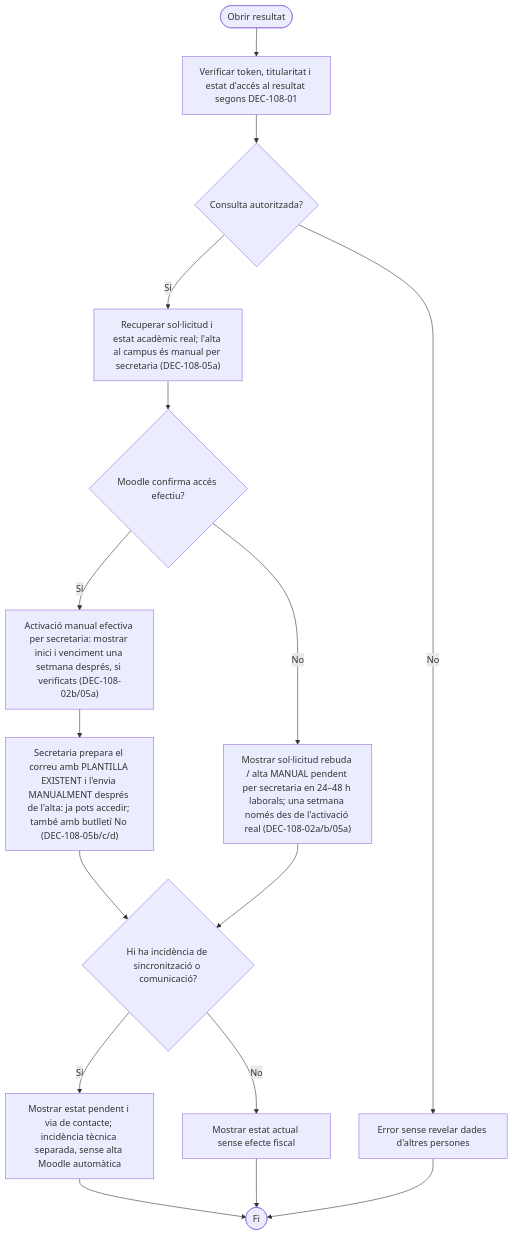
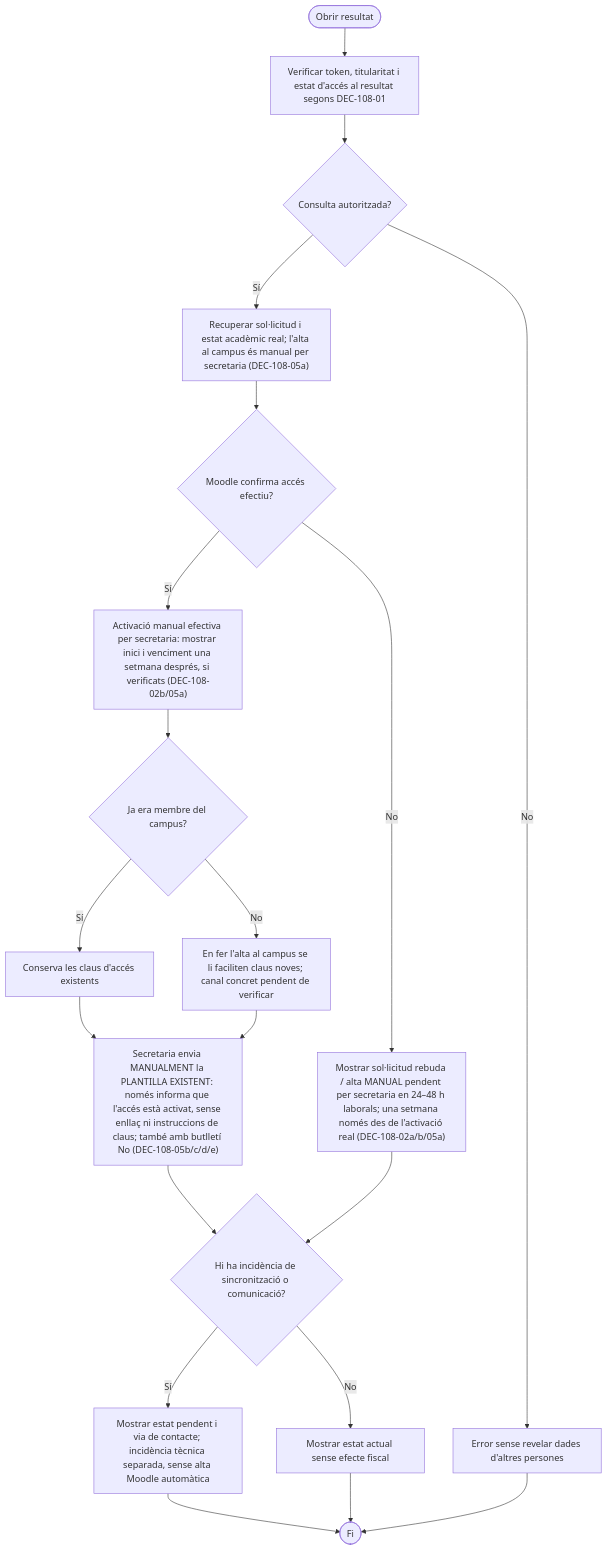
Before and after one commit to orgmeriemprismacat-del/verifactu: the eighth of 8 diagrams in documentacio/07-uml-integrat/uc-108-vistes-grafiques-activitats-pagines.md, drawn with Mermaid. The commit also changed other lines of this file, not shown here.

Commit message:
docs(uc-108): email only announces access; existing users keep keys, new users receive keys at campus onboarding

````diff
--- a/documentacio/07-uml-integrat/uc-108-vistes-grafiques-activitats-pagines.md
+++ b/documentacio/07-uml-integrat/uc-108-vistes-grafiques-activitats-pagines.md
@@ -174,18 +174,22 @@
 ```mermaid
 flowchart TD
   A([Obrir resultat]) --> B["Verificar token, titularitat i estat d'accés al resultat segons DEC-108-01"]
   B --> C{"Consulta autoritzada?"}
   C -->|No| D["Error sense revelar dades d'altres persones"]
   C -->|Sí| E["Recuperar sol·licitud i estat acadèmic real; l'alta al campus és manual per secretaria (DEC-108-05a)"]
   E --> F{"Moodle confirma accés efectiu?"}
   F -->|Sí| G["Activació manual efectiva per secretaria: mostrar inici i venciment una setmana després, si verificats (DEC-108-02b/05a)"]
-  G --> GE["Secretaria prepara el correu amb PLANTILLA EXISTENT i l'envia MANUALMENT després de l'alta: ja pots accedir; també amb butlletí No (DEC-108-05b/c/d)"]
+  G --> GX{"Ja era membre del campus?"}
+  GX -->|Sí| GM["Conserva les claus d'accés existents"]
+  GX -->|No| GN["En fer l'alta al campus se li faciliten claus noves; canal concret pendent de verificar"]
+  GM --> GE["Secretaria envia MANUALMENT la PLANTILLA EXISTENT: només informa que l'accés està activat, sense enllaç ni instruccions de claus; també amb butlletí No (DEC-108-05b/c/d/e)"]
+  GN --> GE
   F -->|No| H["Mostrar sol·licitud rebuda / alta MANUAL pendent per secretaria en 24–48 h laborals; una setmana només des de l'activació real (DEC-108-02a/b/05a)"]
   GE --> I{"Hi ha incidència de sincronització o comunicació?"}
   H --> I
   I -->|Sí| J["Mostrar estat pendent i via de contacte; incidència tècnica separada, sense alta Moodle automàtica"]
   I -->|No| K["Mostrar estat actual sense efecte fiscal"]
   J --> L([Fi])
   K --> L
   D --> L
 ```
````
